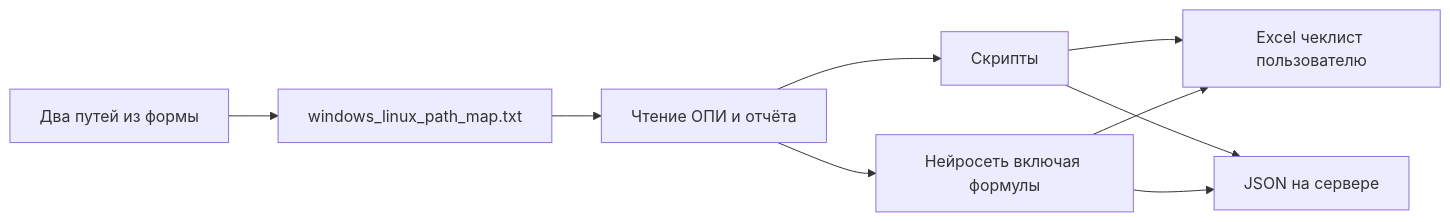
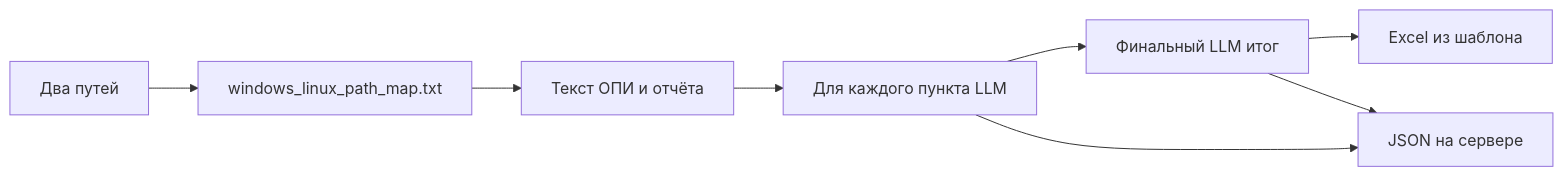
One commit to Aqoouet/report_checking changed the diagram in .cursor/plans/checklist_word_scripts_acb57cbc.plan.md. Above: the diagram before and after it, drawn with Mermaid. The commit also changed other lines of this file, not shown here.

First line of the commit message:
docs(plan): switch to NN-first MVP (no scripts phase; per-item LLM + final aggregate)

````diff
--- a/.cursor/plans/checklist_word_scripts_acb57cbc.plan.md
+++ b/.cursor/plans/checklist_word_scripts_acb57cbc.plan.md
@@ -112,18 +87,17 @@
 ```mermaid
 flowchart LR
-  UI[Два путей из формы]
+  UI[Два путей]
   Map[windows_linux_path_map.txt]
-  Read[Чтение ОПИ и отчёта]
-  Auto[Скрипты]
-  AI[Нейросеть включая формулы]
-  XLSX[Excel чеклист пользователю]
+  Read[Текст ОПИ и отчёта]
+  Loop[Для каждого пункта LLM]
+  Final[Финальный LLM итог]
+  XLSX[Excel из шаблона]
   Store[JSON на сервере]
   UI --> Map
   Map --> Read
-  Read --> Auto
-  Read --> AI
-  Auto --> XLSX
-  AI --> XLSX
-  Auto --> Store
-  AI --> Store
+  Read --> Loop
+  Loop --> Final
+  Final --> XLSX
+  Loop --> Store
+  Final --> Store
 ```
````
